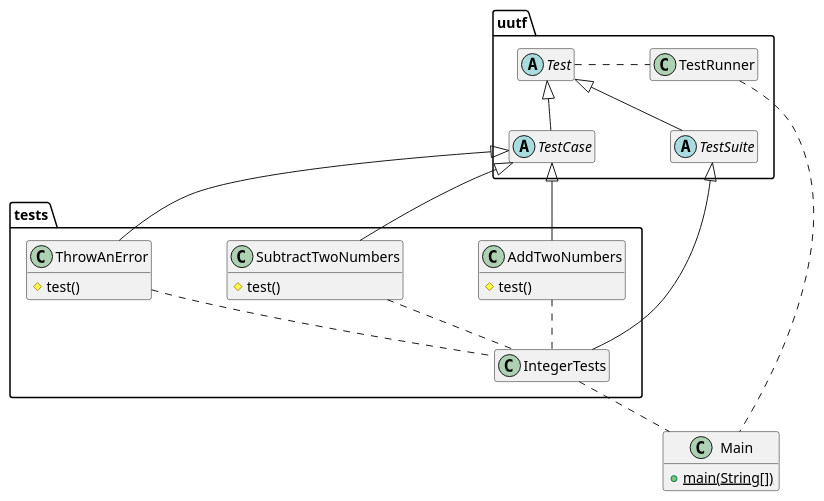
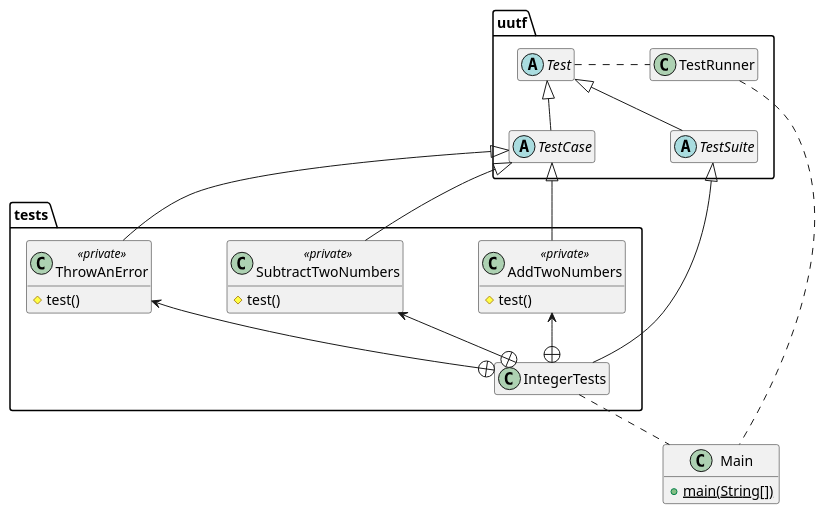
Before and after one commit to ace-lectures/inf5153-junit-demo: the diagram in docs/uml/4_test_composite_example.puml, drawn with PlantUML. The commit also changed 9 other files, not shown here.

```diff
--- a/docs/uml/4_test_composite_example.puml
+++ b/docs/uml/4_test_composite_example.puml
@@ -1,58 +1,58 @@
 @startuml
 
 skinparam nodesep 75
 skinparam ranksep 50
 hide empty members
 
 
 
 package uutf {
 
   abstract class Test
   abstract class TestCase
   abstract class TestSuite
   Test <|-- TestCase
   Test <|-- TestSuite
   Test . TestRunner
   class TestRunner
 
 }
 
 package tests {
 
-  class AddTwoNumbers {
+  class AddTwoNumbers <<private>> {
     # test()
   }
 
-  class SubtractTwoNumbers {
+  class SubtractTwoNumbers <<private>> {
     # test()
   }
 
-  class ThrowAnError {
+  class ThrowAnError <<private>> {
     # test()
   }
 
   class IntegerTests
 
 
 }
 
 TestCase <|-- AddTwoNumbers
 TestCase <|-- SubtractTwoNumbers
 TestCase <|-- ThrowAnError
 TestSuite <|-- IntegerTests
 
-AddTwoNumbers .. IntegerTests
-SubtractTwoNumbers .. IntegerTests
-ThrowAnError .. IntegerTests
+AddTwoNumbers <--+ IntegerTests
+SubtractTwoNumbers <--+ IntegerTests
+ThrowAnError <--+ IntegerTests
 
 class Main {
   + {static} main(String[])
 }
 
 
 IntegerTests .. Main
 TestRunner .. Main
 
 
 @enduml
```
